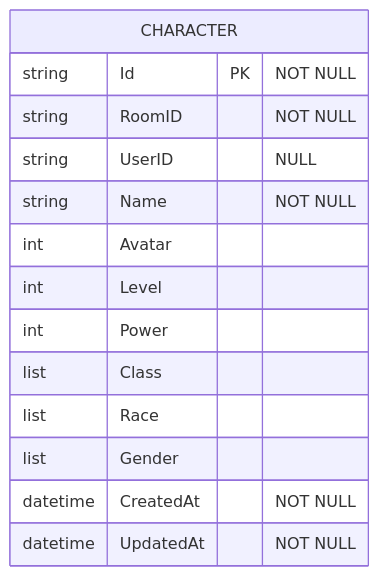
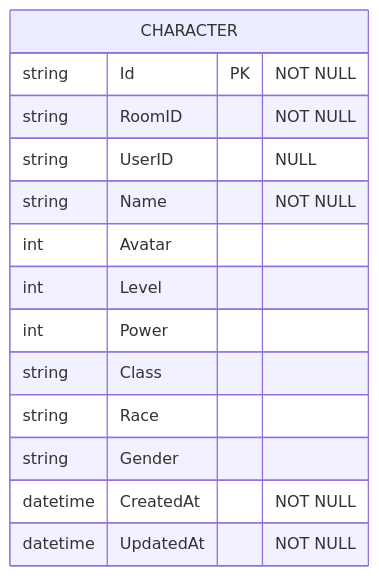
One commit to REW1L/munch-helper changed the first of 5 diagrams in docs/descriptions/MunchHelper/Backend Services/Character Management.md. Above: the diagram before and after it, drawn with Mermaid. The commit also changed other lines of this file and 12 other files, not shown here.

````diff
--- a/docs/descriptions/MunchHelper/Backend Services/Character Management.md
+++ b/docs/descriptions/MunchHelper/Backend Services/Character Management.md
@@ -6,17 +6,17 @@
 ```mermaid
 erDiagram
     CHARACTER {
         string Id PK "NOT NULL"
         string RoomID "NOT NULL"
         string UserID "NULL"
         string Name "NOT NULL"
         int Avatar
         int Level
         int Power
-        list Class
-        list Race
-        list Gender
+        string Class
+        string Race
+        string Gender
         datetime CreatedAt "NOT NULL"
         datetime UpdatedAt "NOT NULL"
     }
 ```
````
